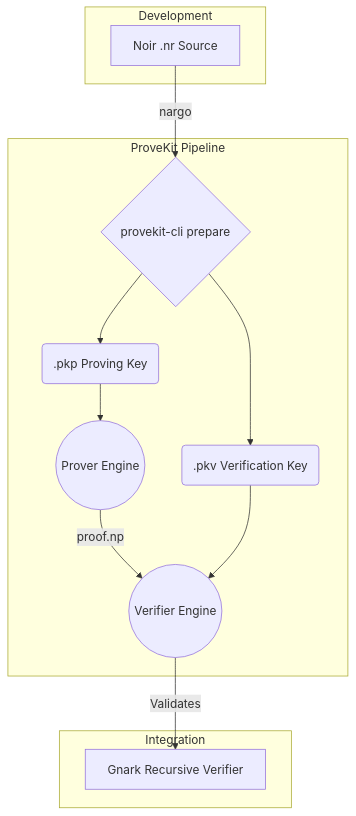
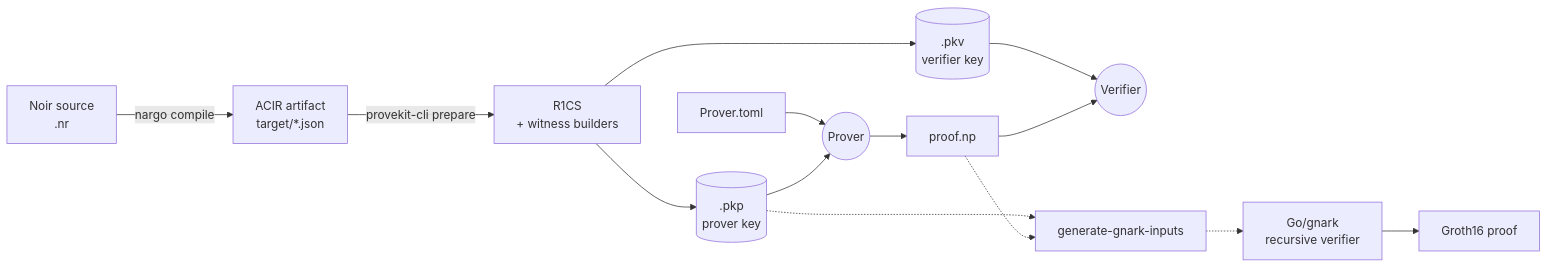
One commit to worldfnd/provekit changed the diagram in README.md. Above: the diagram before and after it, drawn with Mermaid. The commit also changed other lines of this file, not shown here.

````diff
--- a/README.md
+++ b/README.md
@@ -26,28 +61,16 @@
 ```mermaid
-graph TD
-    subgraph Development
-        N[Noir .nr Source]
-    end
-
-    subgraph ProveKit Pipeline
-        C{provekit-cli prepare}
-        PK(.pkp Proving Key)
-        VK(.pkv Verification Key)
-        P((Prover Engine))
-        V((Verifier Engine))
-    end
-
-    subgraph Integration
-        G[Gnark Recursive Verifier]
-    end
-
-    N -->|nargo| C
-    C --> PK
-    C --> VK
-
-    PK --> P
-    P -- proof.np --> V
-    VK --> V
-
-    V -->|Validates| G
+graph LR
+    Noir[Noir source<br/>.nr] -->|nargo compile| ACIR[ACIR artifact<br/>target/*.json]
+    ACIR -->|provekit-cli prepare| R1CS[R1CS<br/>+ witness builders]
+    R1CS --> PKP[(.pkp<br/>prover key)]
+    R1CS --> PKV[(.pkv<br/>verifier key)]
+    Inputs[Prover.toml] --> Prover((Prover))
+    PKP --> Prover
+    Prover --> Proof[proof.np]
+    PKV --> Verifier((Verifier))
+    Proof --> Verifier
+    PKP -.-> GnarkInputs[generate-gnark-inputs]
+    Proof -.-> GnarkInputs
+    GnarkInputs -.-> Recursive[Go/gnark<br/>recursive verifier]
+    Recursive --> Groth16[Groth16 proof]
 ```
````
